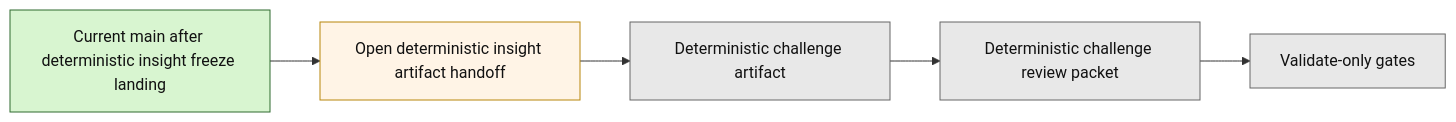
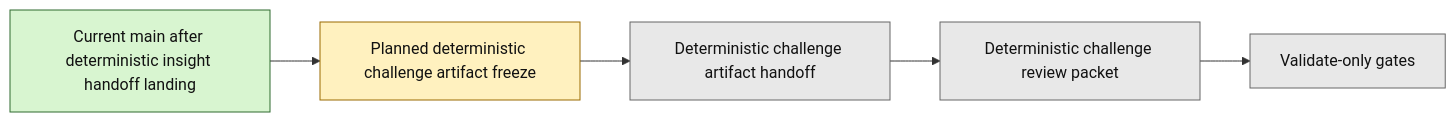
The second of 2 diagrams in next_milestone_plans/layer3_progress_board.md (benjmcd/project6_REPO_MCP_FOLDER), drawn with Mermaid before and after one commit. The commit also changed other lines of this file and 8 other files, not shown here.

Commit message:
docs(layer3): align post-pr126 deterministic landing

````diff
--- a/next_milestone_plans/layer3_progress_board.md
+++ b/next_milestone_plans/layer3_progress_board.md
@@ -148,15 +148,15 @@
 ```mermaid
 flowchart LR
-    A["Current main after deterministic insight freeze landing"] --> B["Open deterministic insight artifact handoff"]
-    B --> C["Deterministic challenge artifact"]
+    A["Current main after deterministic insight handoff landing"] --> B["Planned deterministic challenge artifact freeze"]
+    B --> C["Deterministic challenge artifact handoff"]
     C --> D["Deterministic challenge review packet"]
     D --> E["Validate-only gates"]
 
     classDef done fill:#d8f5d0,stroke:#2f6b2f,color:#111;
-    classDef open fill:#fff4e6,stroke:#b8860b,color:#111;
+    classDef planned fill:#fff1bf,stroke:#9a6b00,color:#111;
     classDef future fill:#e8e8e8,stroke:#666,color:#111;
 
     class A done;
-    class B open;
+    class B planned;
     class C,D,E future;
 ```
````
